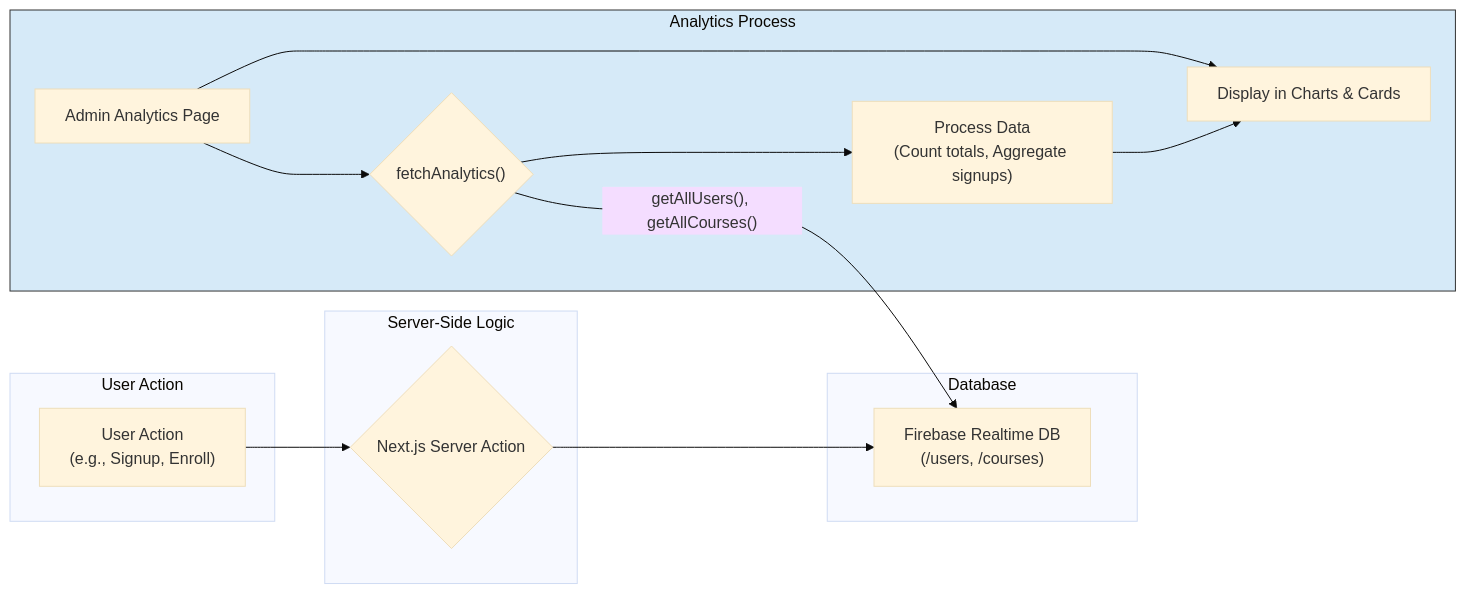
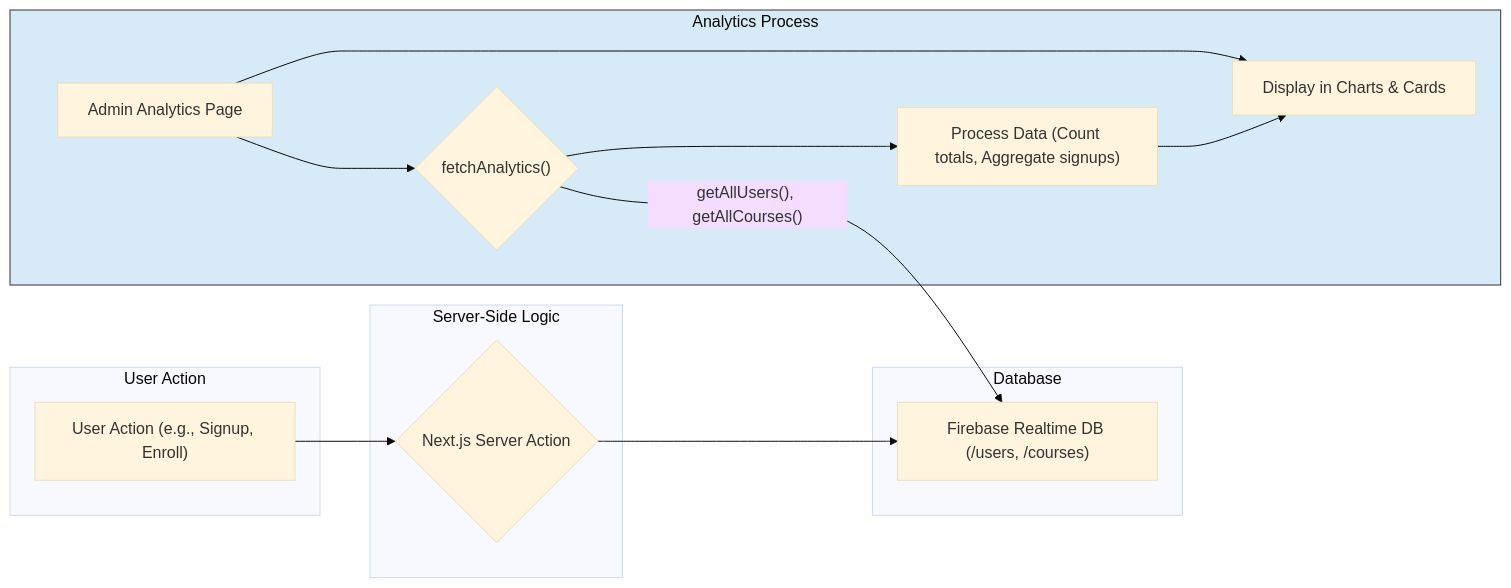
Before and after one commit to Kmaina32/Ubuntu-Academy-: the fifth of 6 diagrams in src/markdown_files/VISUAL_FRAMEWORK.md, drawn with Mermaid (base theme). The commit also changed other lines of this file, not shown here.

Commit message:
this visual frame work is broken :High-Level Architecture This diagram p

````diff
--- a/src/markdown_files/VISUAL_FRAMEWORK.md
+++ b/src/markdown_files/VISUAL_FRAMEWORK.md
@@ -161,28 +161,28 @@
 ```mermaid
 graph LR
     subgraph ACTION ["User Action"]
-        A["User Action<br/>(e.g., Signup, Enroll)"]
+        A["User Action (e.g., Signup, Enroll)"]
     end
     
     subgraph SERVER ["Server-Side Logic"]
         B{"Next.js Server Action"}
     end
 
     subgraph DATABASE ["Database"]
-         C["Firebase Realtime DB<br/>(/users, /courses)"]
+         C["Firebase Realtime DB (/users, /courses)"]
     end
     
     A --> B;
     B --> C;
     
     subgraph ANALYTICS ["Analytics Process"]
         D["Admin Analytics Page"] --> E{"fetchAnalytics()"};
         E -->|"getAllUsers(), getAllCourses()"| C;
-        E --> F["Process Data<br/>(Count totals, Aggregate signups)"];
+        E --> F["Process Data (Count totals, Aggregate signups)"];
         F --> G["Display in Charts & Cards"];
     end
     
     D --> G;
 
     style ANALYTICS fill:#D6EAF8,stroke:#333,stroke-width:1px
 ```
````
